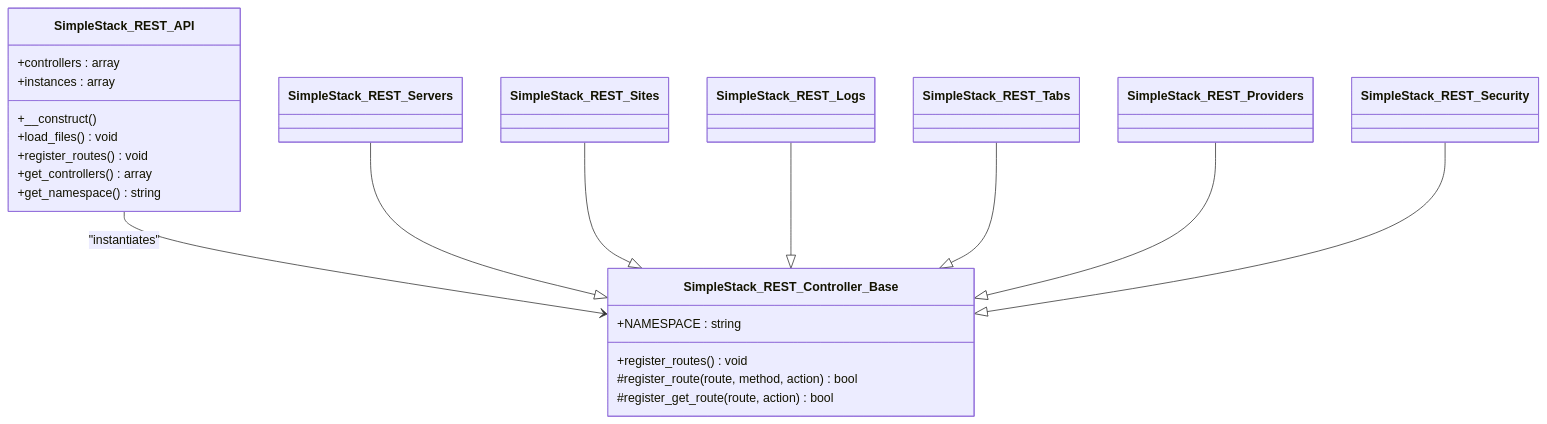
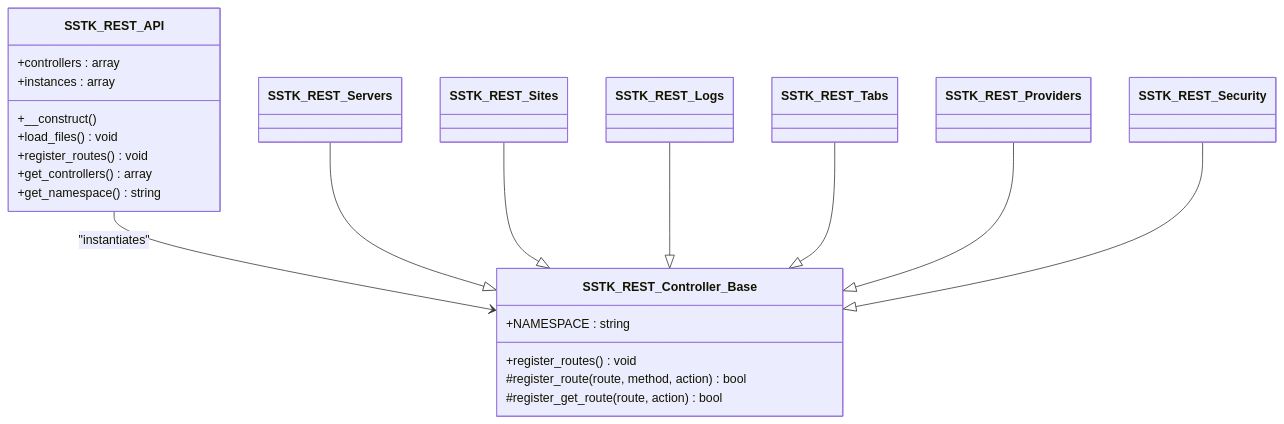
Before and after one commit to onedogsolutions/simple-stack: the third of 5 diagrams in .qoder/repowiki/en/content/Core Components/Plugin Bootstrap & Initialization.md, drawn with Mermaid. The commit also changed other lines of this file and 5941 other files, not shown here.

First line of the commit message:
refactor(core): rebrand WPCloudDeploy to Simple Stack with new namespaces and prefixes

````diff
--- a/.qoder/repowiki/en/content/Core Components/Plugin Bootstrap & Initialization.md
+++ b/.qoder/repowiki/en/content/Core Components/Plugin Bootstrap & Initialization.md
@@ -179,31 +178,31 @@
 ```mermaid
 classDiagram
-class SimpleStack_REST_API {
+class SSTK_REST_API {
 +controllers : array
 +instances : array
 +__construct()
 +load_files() void
 +register_routes() void
 +get_controllers() array
 +get_namespace() string
 }
-class SimpleStack_REST_Controller_Base {
+class SSTK_REST_Controller_Base {
 +NAMESPACE : string
 +register_routes() void
 #register_route(route, method, action) bool
 #register_get_route(route, action) bool
 }
-class SimpleStack_REST_Servers
-class SimpleStack_REST_Sites
-class SimpleStack_REST_Logs
-class SimpleStack_REST_Tabs
-class SimpleStack_REST_Providers
-class SimpleStack_REST_Security
-SimpleStack_REST_API --> SimpleStack_REST_Controller_Base : "instantiates"
-SimpleStack_REST_Servers --|> SimpleStack_REST_Controller_Base
-SimpleStack_REST_Sites --|> SimpleStack_REST_Controller_Base
-SimpleStack_REST_Logs --|> SimpleStack_REST_Controller_Base
-SimpleStack_REST_Tabs --|> SimpleStack_REST_Controller_Base
-SimpleStack_REST_Providers --|> SimpleStack_REST_Controller_Base
-SimpleStack_REST_Security --|> SimpleStack_REST_Controller_Base
+class SSTK_REST_Servers
+class SSTK_REST_Sites
+class SSTK_REST_Logs
+class SSTK_REST_Tabs
+class SSTK_REST_Providers
+class SSTK_REST_Security
+SSTK_REST_API --> SSTK_REST_Controller_Base : "instantiates"
+SSTK_REST_Servers --|> SSTK_REST_Controller_Base
+SSTK_REST_Sites --|> SSTK_REST_Controller_Base
+SSTK_REST_Logs --|> SSTK_REST_Controller_Base
+SSTK_REST_Tabs --|> SSTK_REST_Controller_Base
+SSTK_REST_Providers --|> SSTK_REST_Controller_Base
+SSTK_REST_Security --|> SSTK_REST_Controller_Base
 ```
````
